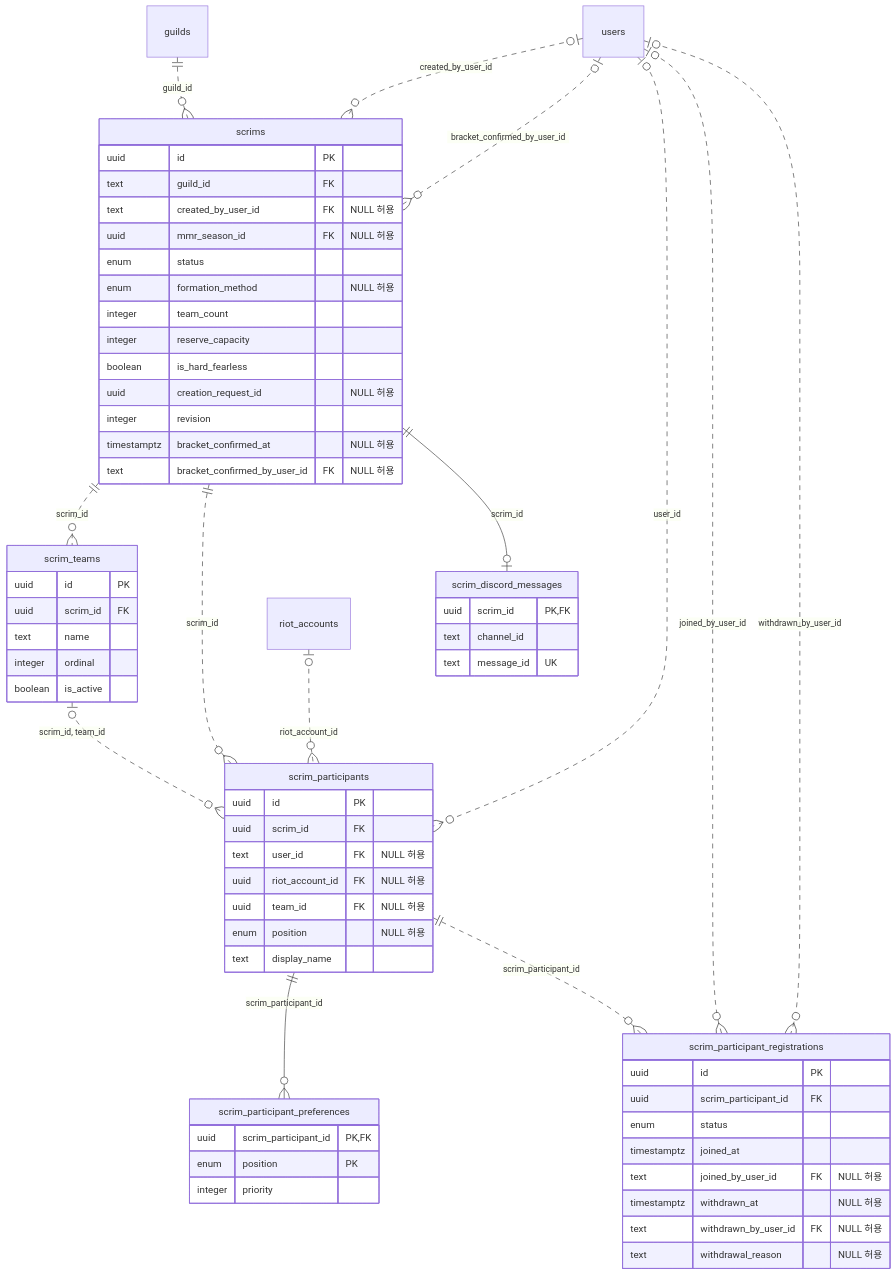
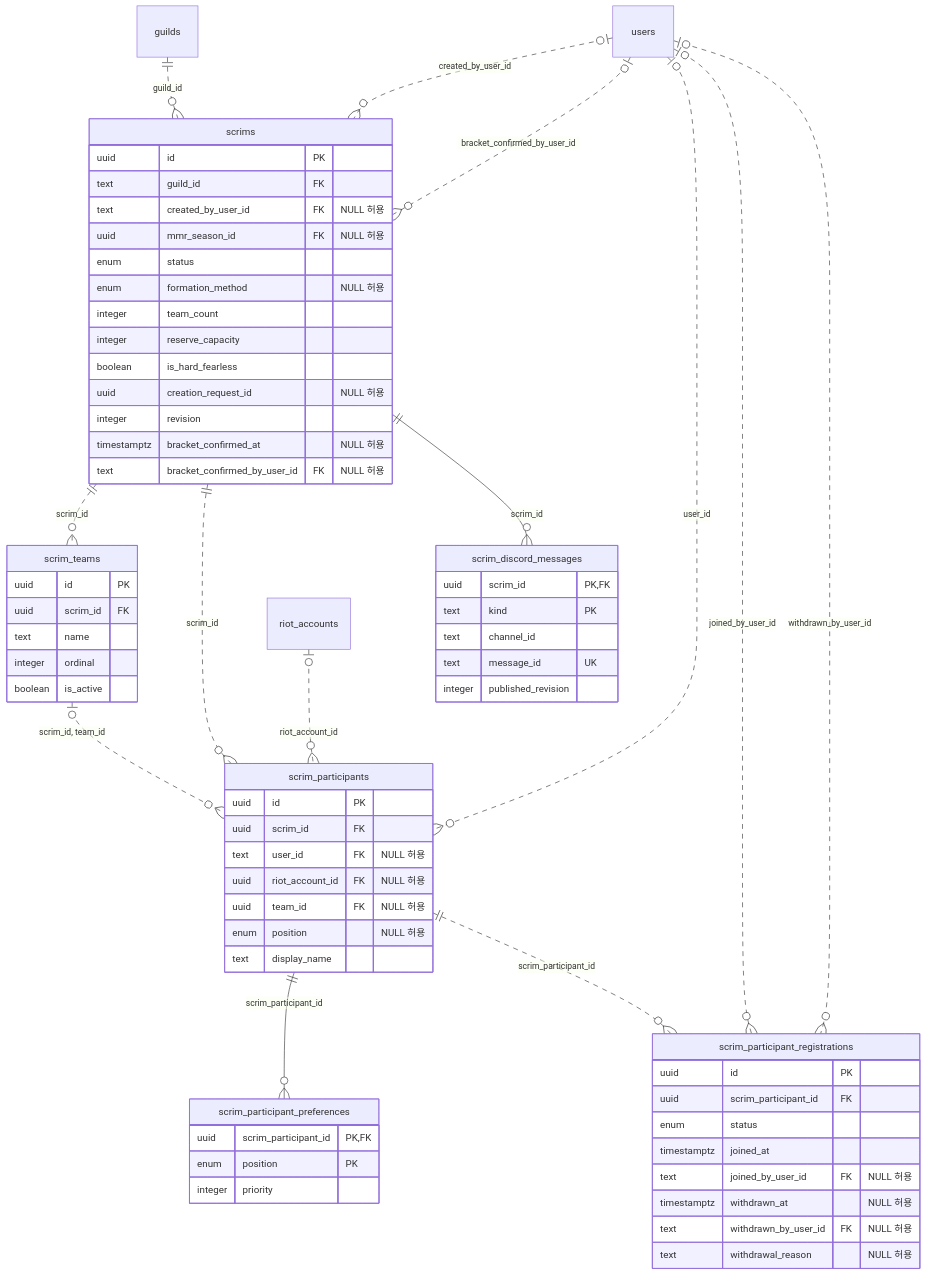
Before and after one commit to Longcat2957/MonkeyScrimManager2: the fourth of 8 diagrams in docs/database-erd.md, drawn with Mermaid. The commit also changed other lines of this file and 337 other files, not shown here.

````diff
--- a/docs/database-erd.md
+++ b/docs/database-erd.md
@@ -256,68 +259,70 @@
 ```mermaid
 erDiagram
     scrims {
         uuid id PK
         text guild_id FK
         text created_by_user_id FK "NULL 허용"
         uuid mmr_season_id FK "NULL 허용"
         enum status
         enum formation_method "NULL 허용"
         integer team_count
         integer reserve_capacity
         boolean is_hard_fearless
         uuid creation_request_id "NULL 허용"
         integer revision
         timestamptz bracket_confirmed_at "NULL 허용"
         text bracket_confirmed_by_user_id FK "NULL 허용"
     }
     scrim_teams {
         uuid id PK
         uuid scrim_id FK
         text name
         integer ordinal
         boolean is_active
     }
     scrim_participants {
         uuid id PK
         uuid scrim_id FK
         text user_id FK "NULL 허용"
         uuid riot_account_id FK "NULL 허용"
         uuid team_id FK "NULL 허용"
         enum position "NULL 허용"
         text display_name
     }
     scrim_participant_preferences {
         uuid scrim_participant_id PK, FK
         enum position PK
         integer priority
     }
     scrim_participant_registrations {
         uuid id PK
         uuid scrim_participant_id FK
         enum status
         timestamptz joined_at
         text joined_by_user_id FK "NULL 허용"
         timestamptz withdrawn_at "NULL 허용"
         text withdrawn_by_user_id FK "NULL 허용"
         text withdrawal_reason "NULL 허용"
     }
     scrim_discord_messages {
         uuid scrim_id PK, FK
+        text kind PK
         text channel_id
         text message_id UK
+        integer published_revision
     }
 
     guilds ||..o{ scrims : guild_id
     users |o..o{ scrims : created_by_user_id
     users |o..o{ scrims : bracket_confirmed_by_user_id
     scrims ||..o{ scrim_teams : scrim_id
     scrims ||..o{ scrim_participants : scrim_id
     users |o..o{ scrim_participants : user_id
     riot_accounts |o..o{ scrim_participants : riot_account_id
     scrim_teams |o..o{ scrim_participants : "scrim_id, team_id"
     scrim_participants ||--o{ scrim_participant_preferences : scrim_participant_id
     scrim_participants ||..o{ scrim_participant_registrations : scrim_participant_id
     users |o..o{ scrim_participant_registrations : joined_by_user_id
     users |o..o{ scrim_participant_registrations : withdrawn_by_user_id
-    scrims ||--o| scrim_discord_messages : scrim_id
+    scrims ||--o{ scrim_discord_messages : scrim_id
 ```
````
